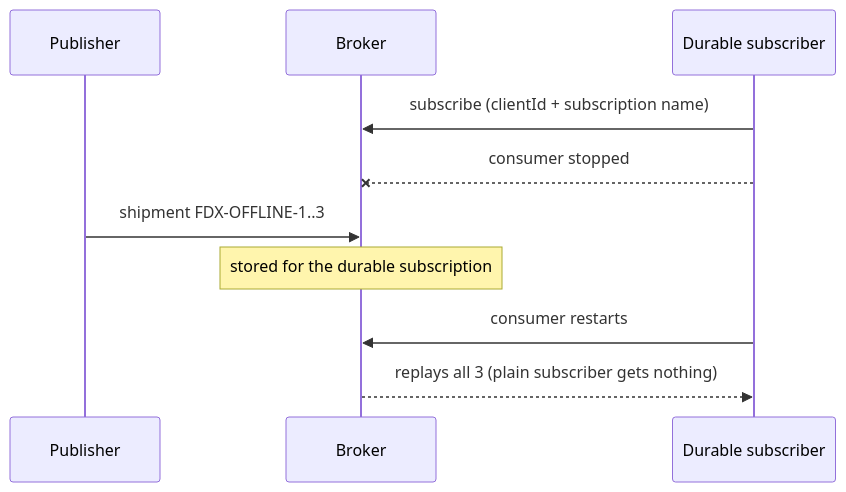
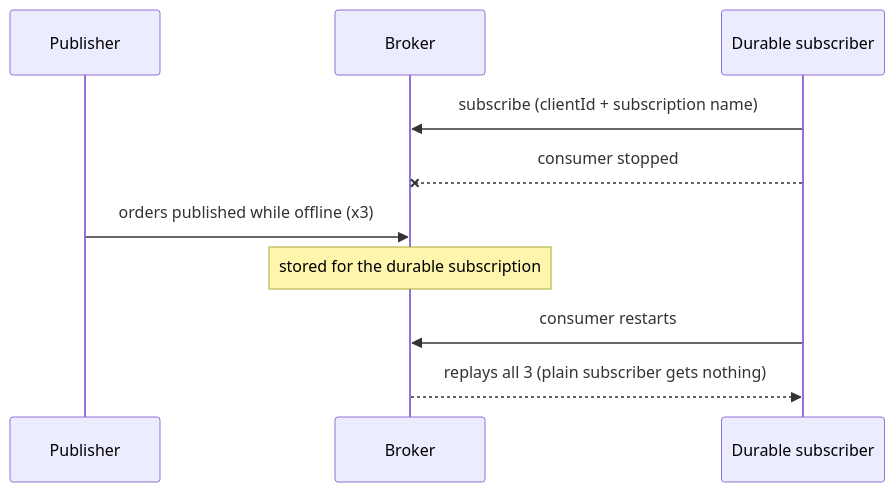
Before and after one commit to himnay/learning-activemq: the third of 25 diagrams in README.md, drawn with Mermaid. The commit also changed other lines of this file and 16 other files, not shown here.

First line of the commit message:
refactor: single order flow on one virtual-topic destination

````diff
--- a/README.md
+++ b/README.md
@@ -235,12 +221,12 @@
 ```mermaid
 sequenceDiagram
     participant P as Publisher
     participant B as Broker
     participant D as Durable subscriber
     D->>B: subscribe (clientId + subscription name)
     D--xB: consumer stopped
-    P->>B: shipment FDX-OFFLINE-1..3
+    P->>B: orders published while offline (x3)
     Note over B: stored for the durable subscription
     D->>B: consumer restarts
     B-->>D: replays all 3 (plain subscriber gets nothing)
 ```
````
